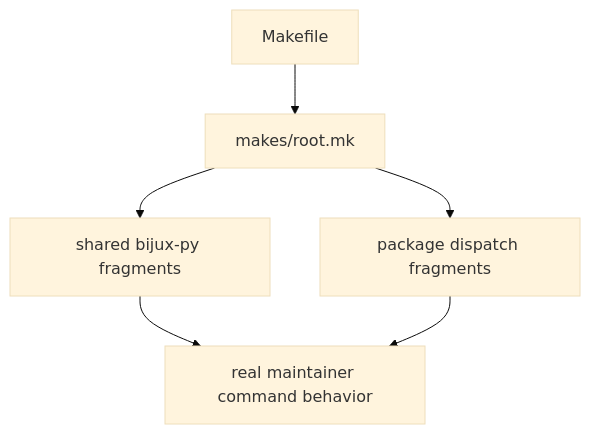
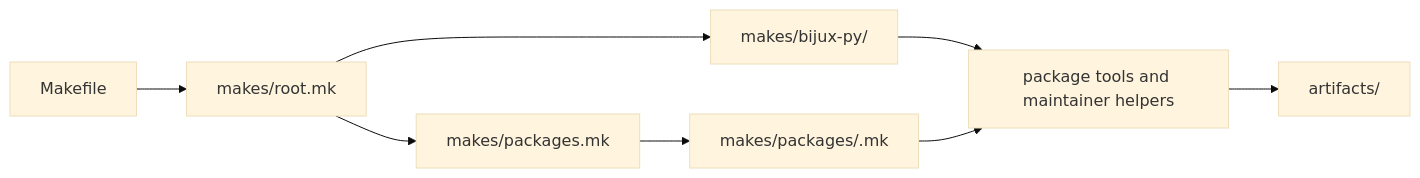
One commit to bijux/bijux-proteomics changed the diagram in docs/08-bijux-proteomics-maintain/makes/make-system-overview.md. Above: the diagram before and after it, drawn with Mermaid (base theme). The commit also changed other lines of this file and 2 other files, not shown here.

Commit message:
docs(make): define command dispatch model

````diff
--- a/docs/08-bijux-proteomics-maintain/makes/make-system-overview.md
+++ b/docs/08-bijux-proteomics-maintain/makes/make-system-overview.md
@@ -16,14 +19,16 @@
 ```mermaid
-flowchart TB
+flowchart LR
     entry["Makefile"]
     root["makes/root.mk"]
-    shared["shared bijux-py fragments"]
-    packages["package dispatch fragments"]
-    commands["real maintainer command behavior"]
-
+    inventory["makes/packages.mk"]
+    shared["makes/bijux-py/"]
+    profiles["makes/packages/<package>.mk"]
+    helpers["package tools and maintainer helpers"]
+    artifacts["artifacts/"]
     entry --> root
+    root --> inventory
     root --> shared
-    root --> packages
-    shared --> commands
-    packages --> commands
+    inventory --> profiles
+    shared --> helpers
+    profiles --> helpers --> artifacts
 ```
````
